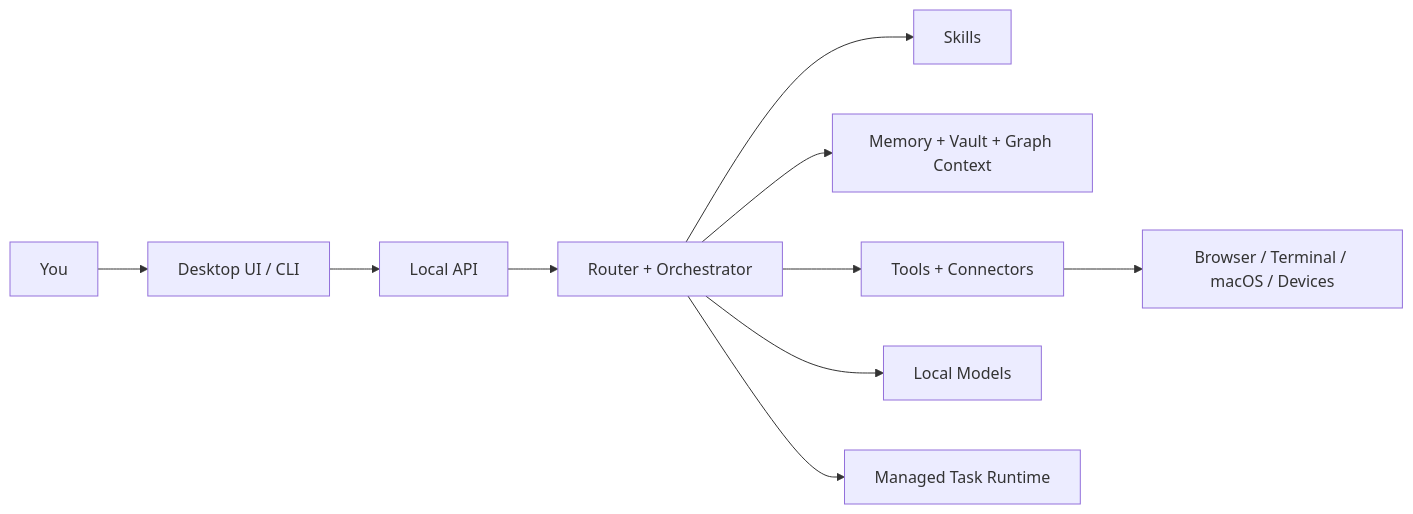
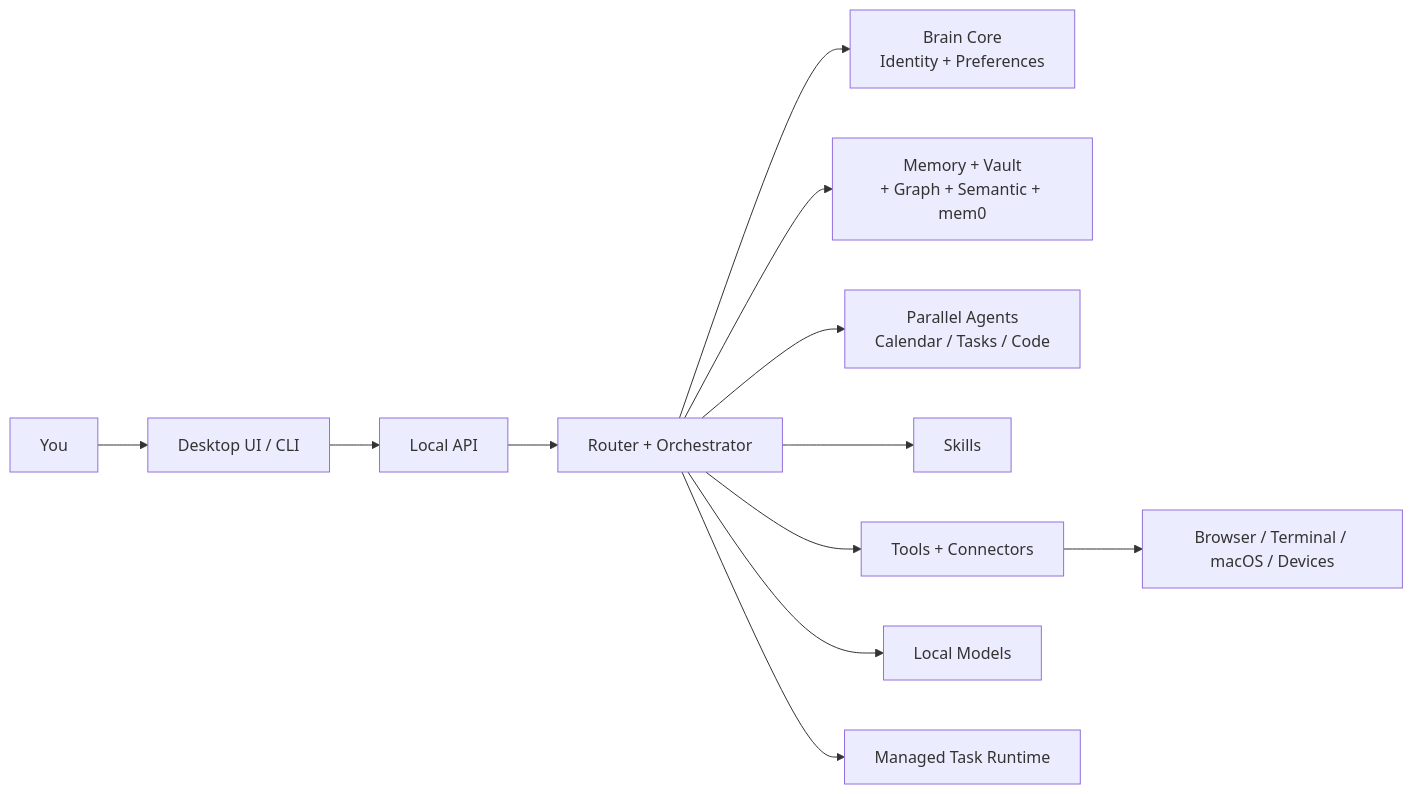
One commit to amanimran786/jarvis-ai changed the diagram in README.md. Above: the diagram before and after it, drawn with Mermaid. The commit also changed other lines of this file and 7 other files, not shown here.

First line of the commit message:
Add Iron Man Jarvis: brain core, parallel agents, mem0 memory, Qwen3 fleet

````diff
--- a/README.md
+++ b/README.md
@@ -82,12 +93,14 @@
 ```mermaid
 flowchart LR
     User["You"] --> UI["Desktop UI / CLI"]
     UI --> API["Local API"]
     API --> Router["Router + Orchestrator"]
+    Router --> Brain["Brain Core<br/>Identity + Preferences"]
+    Router --> Memory["Memory + Vault<br/>+ Graph + Semantic + mem0"]
+    Router --> Agents["Parallel Agents<br/>Calendar / Tasks / Code"]
     Router --> Skills["Skills"]
-    Router --> Memory["Memory + Vault + Graph Context"]
     Router --> Tools["Tools + Connectors"]
     Router --> Models["Local Models"]
     Router --> Tasks["Managed Task Runtime"]
     Tools --> Mac["Browser / Terminal / macOS / Devices"]
 ```
````
